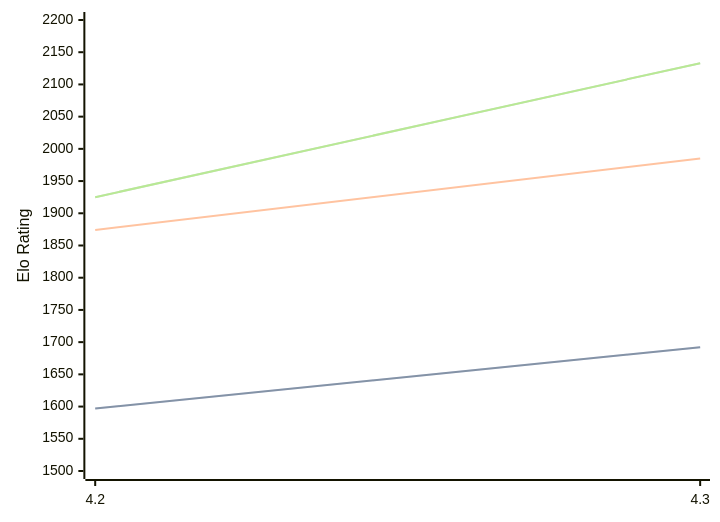
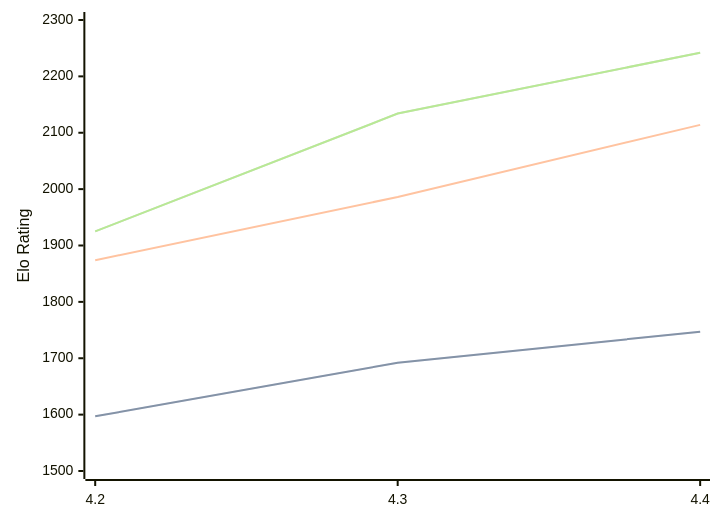
The diagram in engines/Radiance.md (computer-chess-index/cci), drawn with Mermaid before and after one commit. The commit also changed other lines of this file, not shown here.

Commit message:
Update CCI Ratings (ELO VLTC) - 2026-04-25

````diff
--- a/engines/Radiance.md
+++ b/engines/Radiance.md
@@ -36,11 +36,11 @@
 ```mermaid
 %%{init: {"theme":"base","themeVariables":{"seriesColors:['#a3a3a3','#222221','#faa371']}}}%%
 xychart-beta
-  x-axis ["4.2", "4.3"]
-  y-axis "Elo Rating" 1500 --> 2200
-  line "STC (8.0+0.08s)" [1597, 1692]
-  line "STC (8.0+0.08s)" [1597, 1692]
-  line "LTC (60.0+0.60s)" [1874, 1985]
-  line "VLTC (2m24s+1.12s)" [1925, 2133]
-  line "VLTC (2m24s+1.12s)" [1925, 2133]
+  x-axis ["4.2", "4.3", "4.4"]
+  y-axis "Elo Rating" 1500 --> 2300
+  line "STC (8.0+0.08s)" [1597, 1692, 1747]
+  line "STC (8.0+0.08s)" [1597, 1692, 1747]
+  line "LTC (60.0+0.60s)" [1874, 1986, 2114]
+  line "VLTC (2m24s+1.12s)" [1925, 2134, 2242]
+  line "VLTC (2m24s+1.12s)" [1925, 2134, 2242]
 ```
````
